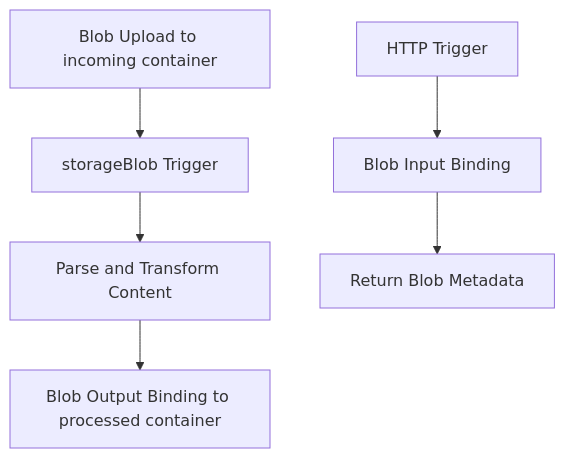
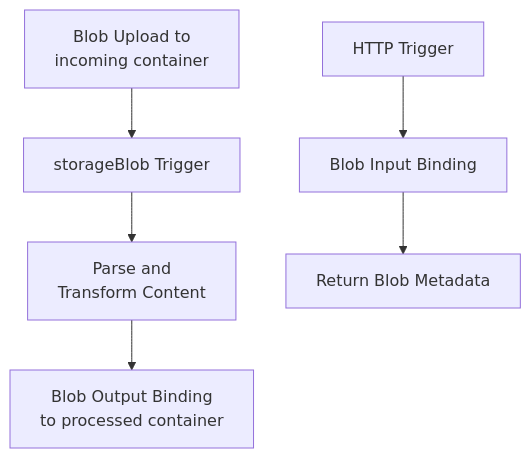
Before and after one commit to yeongseon/azure-functions-practical-guide: the diagram in docs/language-guides/nodejs/recipes/blob-storage.md, drawn with Mermaid. The commit also changed 4 other files, not shown here.

First line of the commit message:
docs(diagrams): improve Node.js recipe paths and accessibility (#504)

````diff
--- a/docs/language-guides/nodejs/recipes/blob-storage.md
+++ b/docs/language-guides/nodejs/recipes/blob-storage.md
@@ -25,8 +25,10 @@
 ```mermaid
 flowchart TD
-    UPLOAD[Blob Upload to incoming container] --> TRIGGER[storageBlob Trigger]
-    TRIGGER --> TRANSFORM[Parse and Transform Content]
-    TRANSFORM --> OUTPUT[Blob Output Binding to processed container]
+    accTitle: Node.js Blob recipe processing and read paths
+    accDescr: The illustrated Node.js v4 processing path runs from upload to the incoming container through storageBlob trigger and transformation to output in the processed container. A separate HTTP path uses a Blob input binding and returns metadata. Arrows show logical recipe stages, not polling or Event Grid delivery internals.
+    UPLOAD["Blob Upload to<br/>incoming container"] --> TRIGGER[storageBlob Trigger]
+    TRIGGER --> TRANSFORM["Parse and<br/>Transform Content"]
+    TRANSFORM --> OUTPUT["Blob Output Binding<br/>to processed container"]
     API[HTTP Trigger] --> INPUT[Blob Input Binding]
     INPUT --> APIRESP[Return Blob Metadata]
 ```
````
